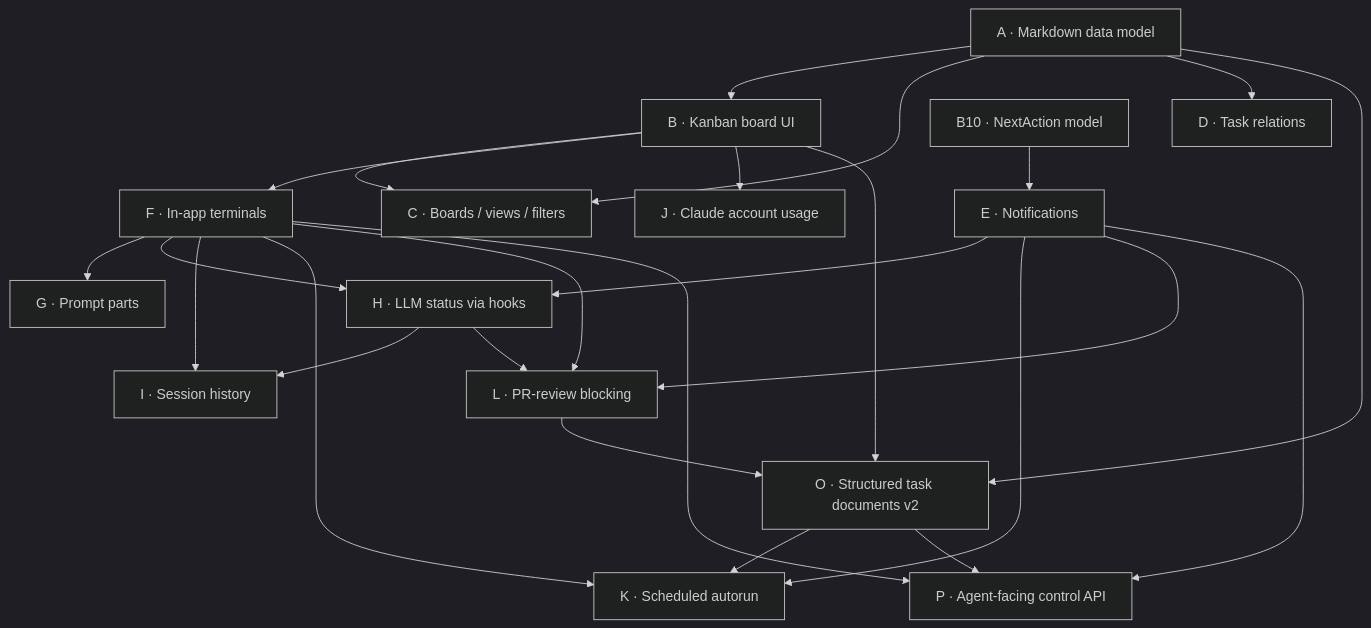
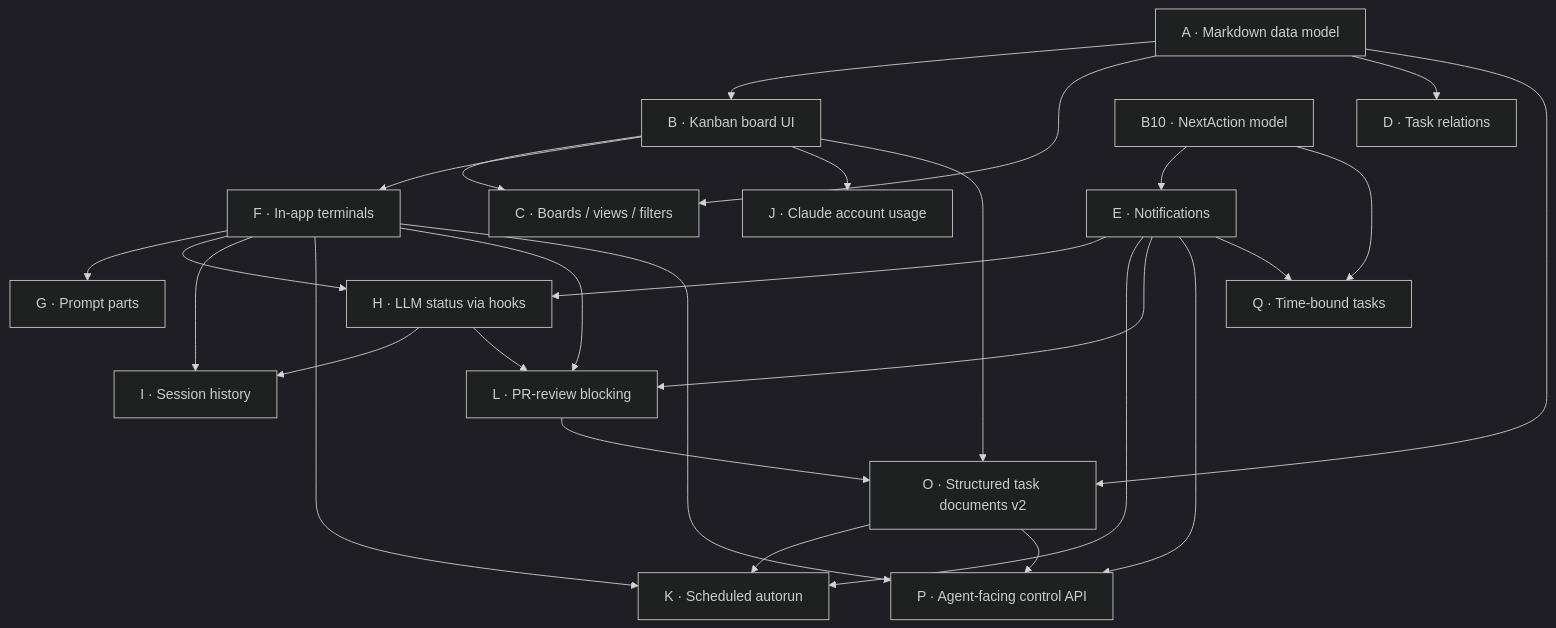
Before and after one commit to vitaliyreznikov/build-your-own-taskman: the diagram in DEPENDENCIES.md, drawn with Mermaid (dark theme). The commit also changed other lines of this file and 5 other files, not shown here.

Commit message:
Q01-Q04: time-bound tasks — Start/Due, Today view, repeating, due notifications

````diff
--- a/DEPENDENCIES.md
+++ b/DEPENDENCIES.md
@@ -9,27 +9,29 @@
 ```mermaid
 graph TD
   A[A · Markdown data model] --> B[B · Kanban board UI]
   A --> C[C · Boards / views / filters]
   A --> D[D · Task relations]
   B --> C
   B10[B10 · NextAction model] --> E[E · Notifications]
   B --> F[F · In-app terminals]
   F --> G[G · Prompt parts]
   F --> H[H · LLM status via hooks]
   E --> H
   F --> I[I · Session history]
   H --> I
   B --> J[J · Claude account usage]
   E --> K[K · Scheduled autorun]
   F --> K
   F --> L[L · PR-review blocking]
   E --> L
   H --> L
   A --> O[O · Structured task documents v2]
   B --> O
   L --> O
   O --> K
   E --> P[P · Agent-facing control API]
   F --> P
   O --> P
+  B10 --> Q[Q · Time-bound tasks]
+  E --> Q
 ```
````
